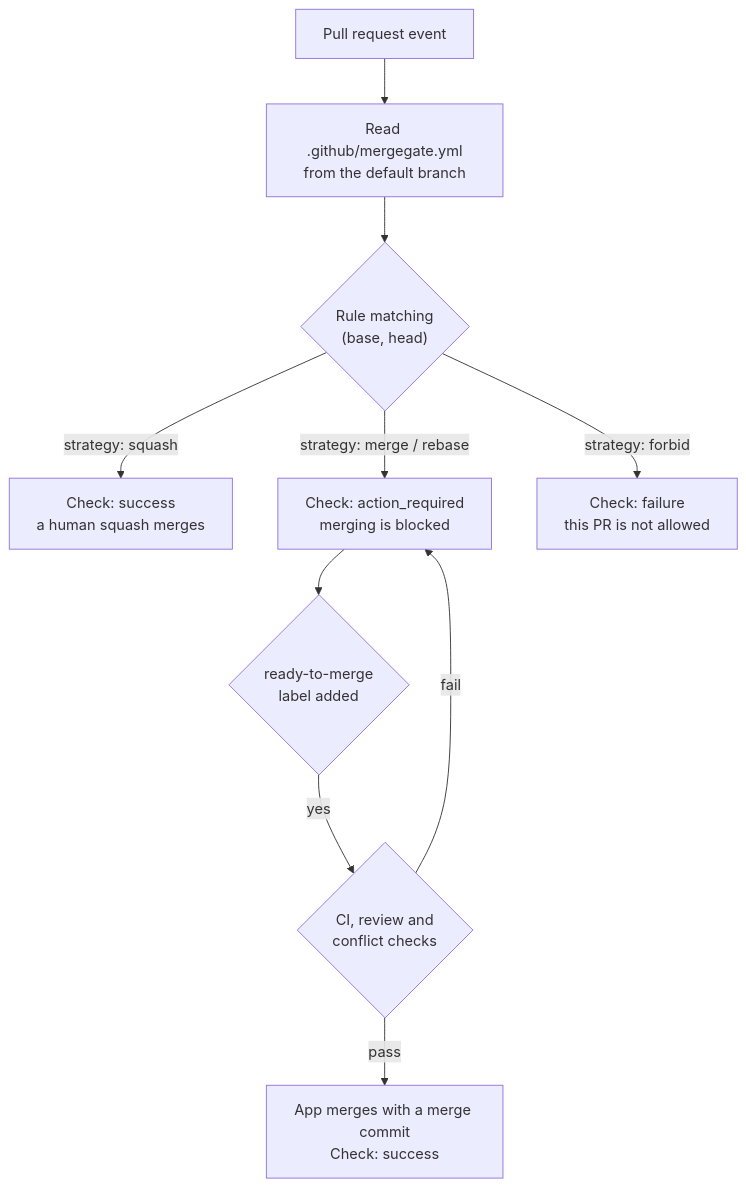
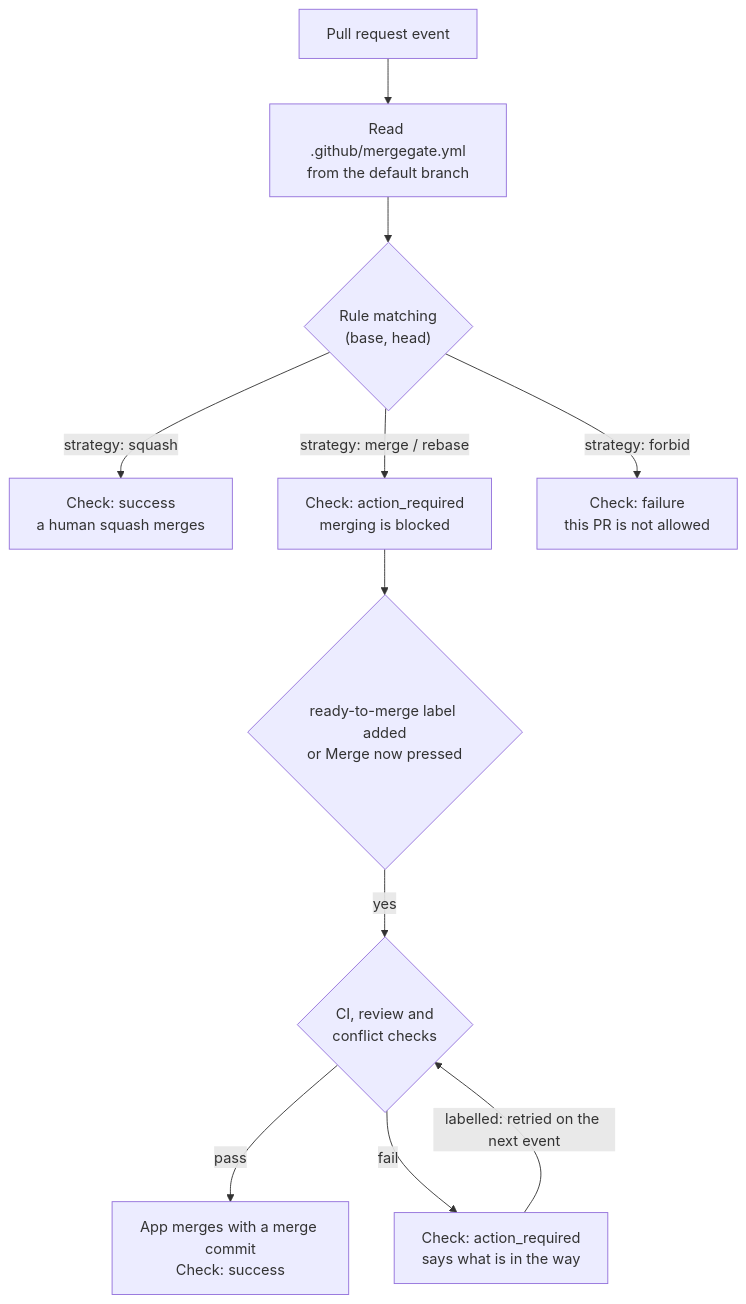
The first of 2 diagrams in README.md (siketyan/mergegate), drawn with Mermaid before and after one commit. The commit also changed other lines of this file and 17 other files, not shown here.

````diff
--- a/README.md
+++ b/README.md
@@ -87,12 +88,13 @@
 ```mermaid
 flowchart TD
     A["Pull request event"] --> B["Read .github/mergegate.yml<br/>from the default branch"]
     B --> C{"Rule matching<br/>(base, head)"}
     C -->|"strategy: squash"| D["Check: success<br/>a human squash merges"]
     C -->|"strategy: merge / rebase"| E["Check: action_required<br/>merging is blocked"]
     C -->|"strategy: forbid"| F["Check: failure<br/>this PR is not allowed"]
-    E --> G{"ready-to-merge<br/>label added"}
+    E --> G{"ready-to-merge label added<br/>or Merge now pressed"}
     G -->|"yes"| H{"CI, review and<br/>conflict checks"}
     H -->|"pass"| I["App merges with a merge commit<br/>Check: success"]
-    H -->|"fail"| E
+    H -->|"fail"| J["Check: action_required<br/>says what is in the way"]
+    J -->|"labelled: retried on the next event"| H
 ```
````
